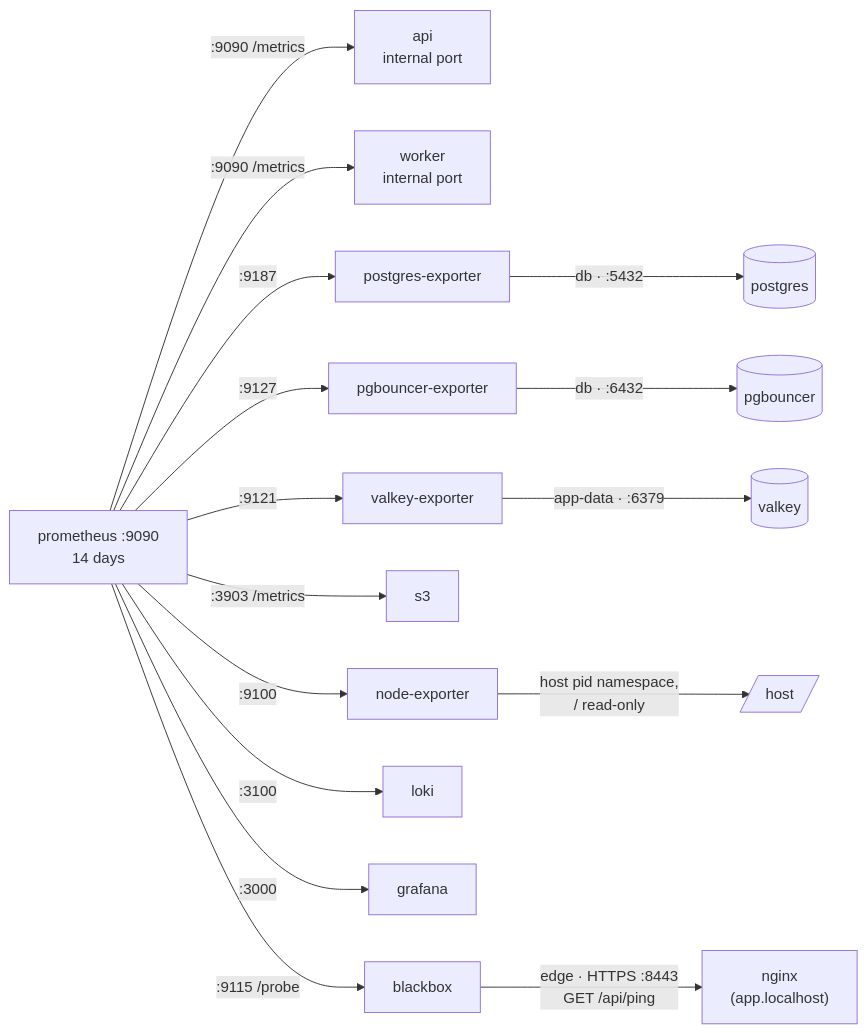
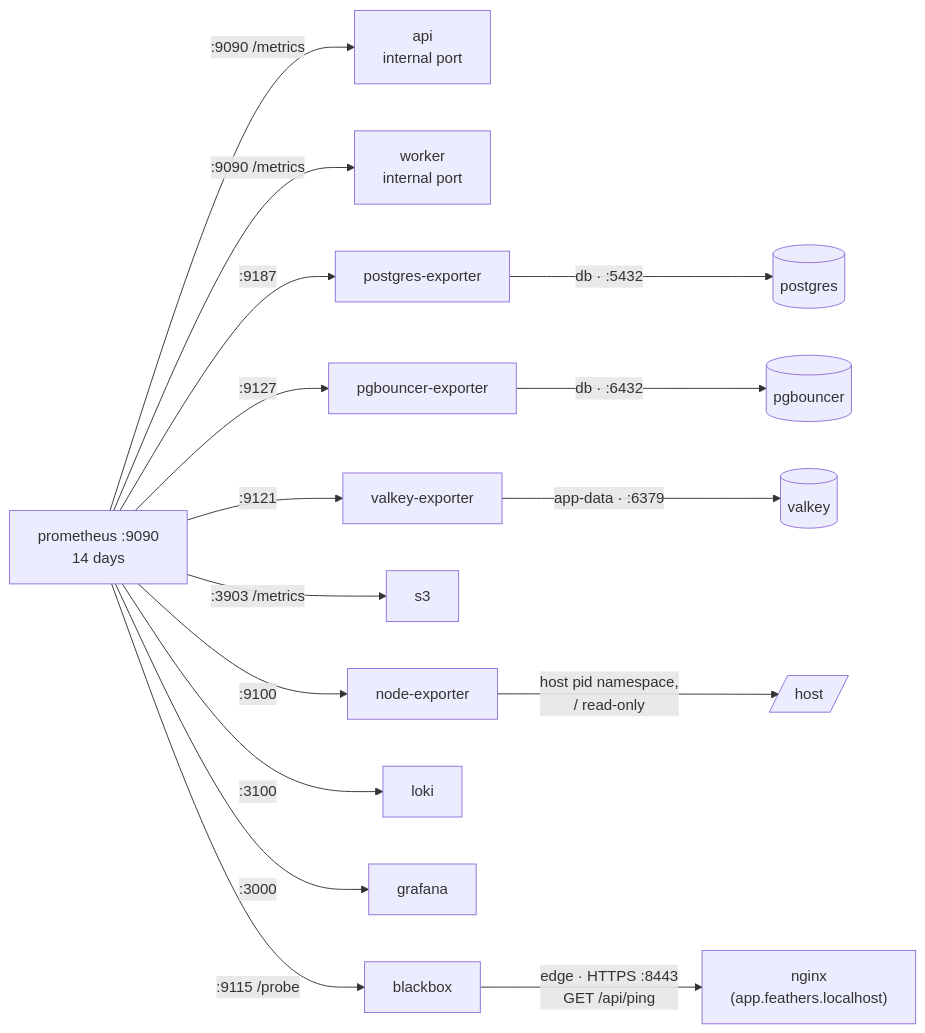
One commit to rabalyn/feathers-skeleton-stack changed the first of 3 diagrams in docs/adr_v2/diagrams/observability.md. Above: the diagram before and after it, drawn with Mermaid. The commit also changed other lines of this file and 72 other files, not shown here.

````diff
--- a/docs/adr_v2/diagrams/observability.md
+++ b/docs/adr_v2/diagrams/observability.md
@@ -9,21 +9,21 @@
 ```mermaid
 flowchart LR
   prom["prometheus :9090<br>14 days"]
 
   prom -->|":9090 /metrics"| api["api<br>internal port"]
   prom -->|":9090 /metrics"| worker["worker<br>internal port"]
   prom -->|":9187"| pgExp["postgres-exporter"]
   prom -->|":9127"| pgbExp["pgbouncer-exporter"]
   prom -->|":9121"| vkExp["valkey-exporter"]
   prom -->|":3903 /metrics"| s3["s3"]
   prom -->|":9100"| node["node-exporter"]
   prom -->|":3100"| loki["loki"]
   prom -->|":3000"| grafana["grafana"]
   prom -->|":9115 /probe"| bb["blackbox"]
 
   pgExp -->|"db · :5432"| postgres[("postgres")]
   pgbExp -->|"db · :6432"| pgbouncer[("pgbouncer")]
   vkExp -->|"app-data · :6379"| valkey[("valkey")]
   node -->|"host pid namespace,<br>/ read-only"| hostfs[/"host"/]
-  bb -->|"edge · HTTPS :8443<br>GET /api/ping"| nginx["nginx<br>(app.localhost)"]
+  bb -->|"edge · HTTPS :8443<br>GET /api/ping"| nginx["nginx<br>(app.feathers.localhost)"]
 ```
````
